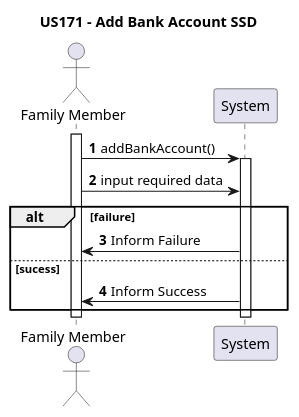
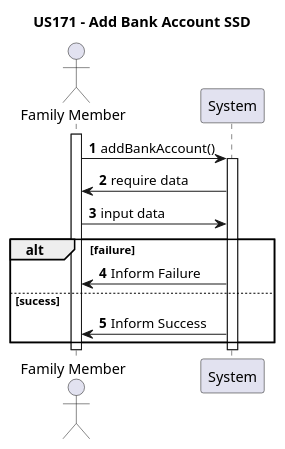
One commit to tomas-osswald/switch_2020_g3 changed the first of 2 diagrams in docs/sprint1/user_stories/US171_AddBankAccount.md. Above: the diagram before and after it, drawn with PlantUML. The commit also changed other lines of this file, not shown here.

Commit message:
add sequence diagram

`````diff
--- a/docs/sprint1/user_stories/US171_AddBankAccount.md
+++ b/docs/sprint1/user_stories/US171_AddBankAccount.md
@@ -24,22 +24,23 @@
 ```` puml
 
     autonumber
     title US171 - Add Bank Account SSD
     actor "Family Member" as familyMember
     participant "System" as system
 
     activate familyMember
     familyMember -> system: addBankAccount()
     activate system
-    familyMember -> system: input required data
+    system -> familyMember: require data
+    familyMember -> system: input data
     alt failure
     system -> familyMember : Inform Failure
     
     else sucess
     system -> familyMember : Inform Success
     end
     deactivate system
     deactivate familyMember
 
 @endpuml
 ````
`````
